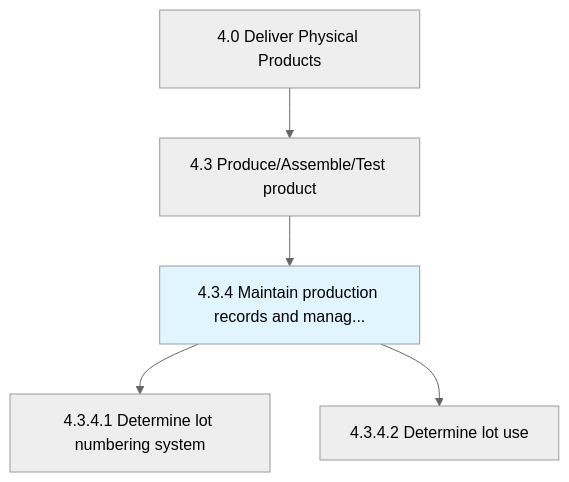
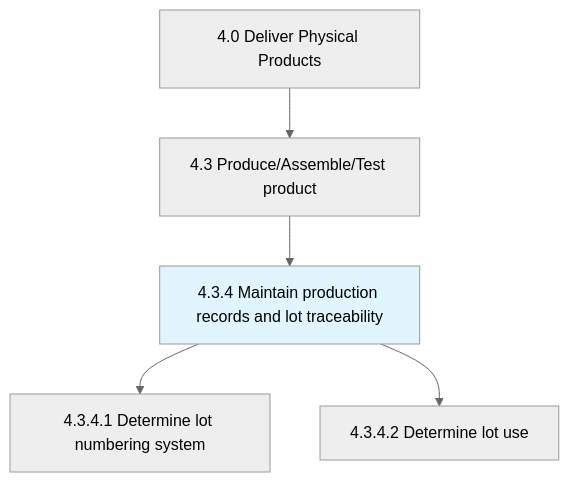
The first of 2 diagrams in processes/04-Delivery/4.3-ProduceAssembleTestProduct/4.3.4-MaintainProductionRecordsManage/index.mdx (kziemski/business.org.ai), drawn with Mermaid (neutral theme) before and after one commit. The commit also changed other lines of this file and 885 other files, not shown here.

````diff
--- a/processes/04-Delivery/4.3-ProduceAssembleTestProduct/4.3.4-MaintainProductionRecordsManage/index.mdx
+++ b/processes/04-Delivery/4.3-ProduceAssembleTestProduct/4.3.4-MaintainProductionRecordsManage/index.mdx
@@ -25,9 +25,9 @@
 ```mermaid
 graph TD
     C4["4.0 Deliver Physical Products"]
     C4 --> N4_3["4.3 Produce/Assemble/Test product"]
-    N4_3 --> N4_3_4["4.3.4 Maintain production records and manag..."]
+    N4_3 --> N4_3_4["4.3.4 Maintain production records and lot traceability"]
     style N4_3_4 fill:#e1f5fe
     N4_3_4 --> N4_3_4_1["4.3.4.1 Determine lot numbering system"]
     N4_3_4 --> N4_3_4_2["4.3.4.2 Determine lot use"]
 ```
````
